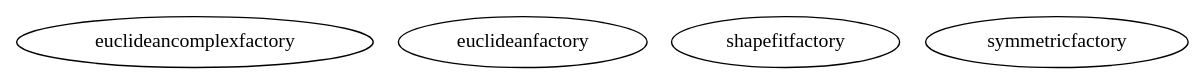
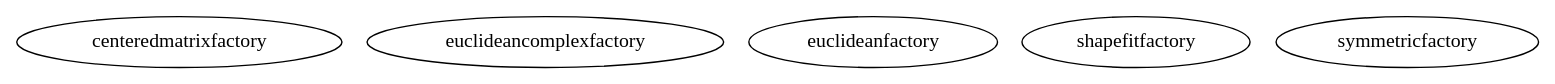
One commit to NicolasBoumal/manopt changed the diagram in web/reference/manopt/manifolds/euclidean/graph.dot. Above: the diagram before and after it, drawn with Graphviz. The commit also changed 227 other files, not shown here.

```diff
--- a/web/reference/manopt/manifolds/euclidean/graph.dot
+++ b/web/reference/manopt/manifolds/euclidean/graph.dot
@@ -1,8 +1,9 @@
 /* Created by mdot for Matlab */
 digraph m2html {
 
+  centeredmatrixfactory [URL="centeredmatrixfactory.html"];
   euclideancomplexfactory [URL="euclideancomplexfactory.html"];
   euclideanfactory [URL="euclideanfactory.html"];
   shapefitfactory [URL="shapefitfactory.html"];
   symmetricfactory [URL="symmetricfactory.html"];
 }
```
